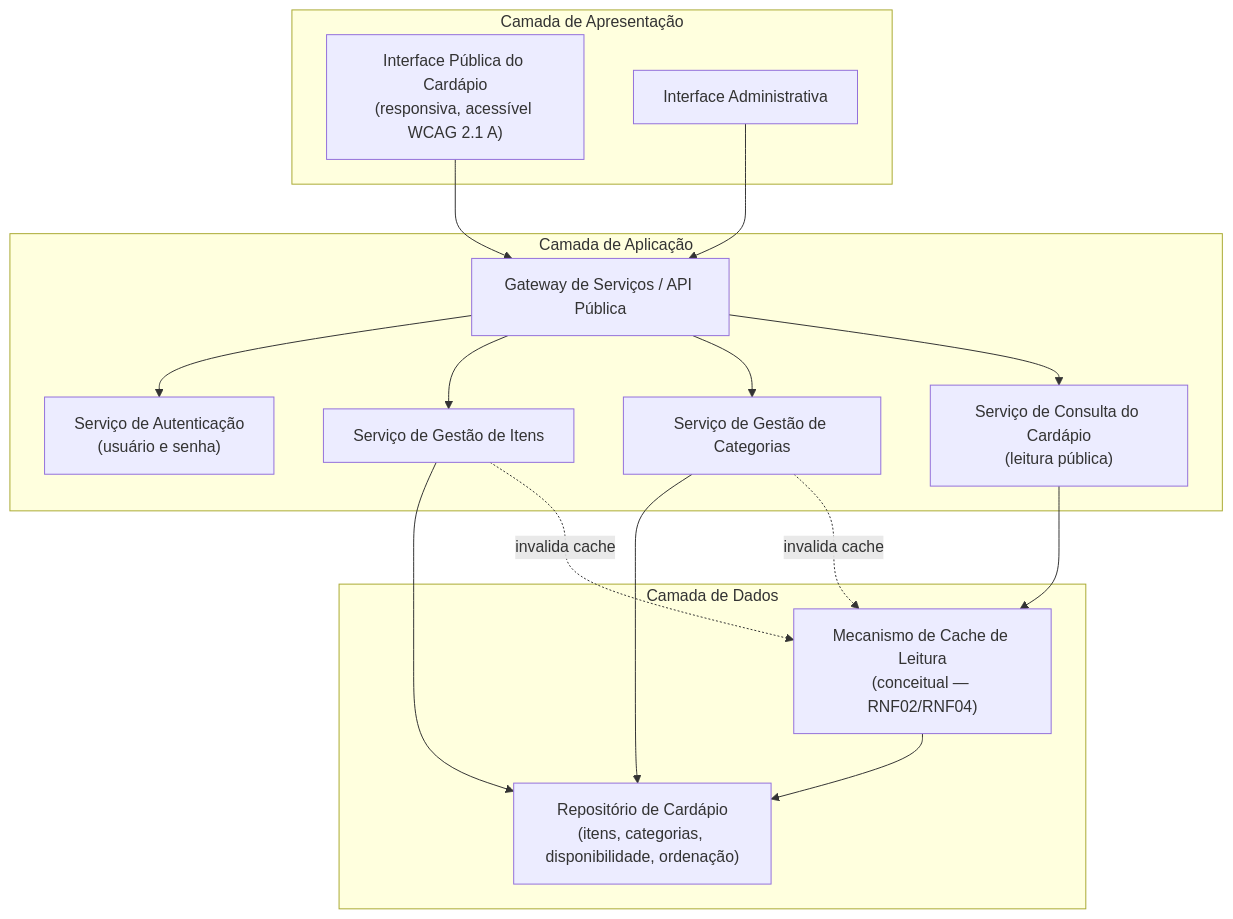
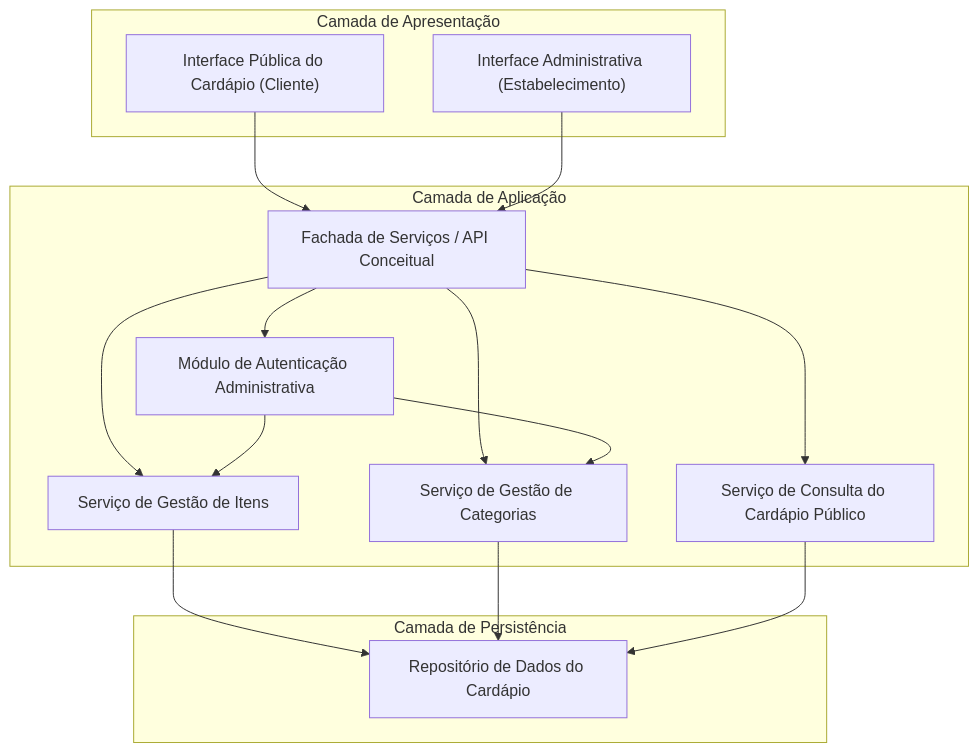
Before and after one commit to PDC-ESIA/AI4ES: the first of 3 diagrams in docs/Time_2_Design/analise-qualitativa/outputs/relatorio_claude_fable_5_P01.md, drawn with Mermaid. The commit also changed other lines of this file and 107 other files, not shown here.

````diff
--- a/docs/Time_2_Design/analise-qualitativa/outputs/relatorio_claude_fable_5_P01.md
+++ b/docs/Time_2_Design/analise-qualitativa/outputs/relatorio_claude_fable_5_P01.md
@@ -25,33 +25,31 @@
 ```mermaid
 flowchart TB
     subgraph Apresentacao["Camada de Apresentação"]
-        UIC["Interface Pública do Cardápio<br/>(responsiva, acessível WCAG 2.1 A)"]
-        UIA["Interface Administrativa"]
+        UIC["Interface Pública do Cardápio (Cliente)"]
+        UIA["Interface Administrativa (Estabelecimento)"]
     end
 
     subgraph Aplicacao["Camada de Aplicação"]
-        GW["Gateway de Serviços / API Pública"]
-        AUTH["Serviço de Autenticação<br/>(usuário e senha)"]
-        SVCITEM["Serviço de Gestão de Itens"]
-        SVCCAT["Serviço de Gestão de Categorias"]
-        SVCVIEW["Serviço de Consulta do Cardápio<br/>(leitura pública)"]
+        GW["Fachada de Serviços / API Conceitual"]
+        AUTH["Módulo de Autenticação Administrativa"]
+        SRVITEM["Serviço de Gestão de Itens"]
+        SRVCAT["Serviço de Gestão de Categorias"]
+        SRVCARD["Serviço de Consulta do Cardápio Público"]
     end
 
-    subgraph Dados["Camada de Dados"]
-        REPO["Repositório de Cardápio<br/>(itens, categorias, disponibilidade, ordenação)"]
-        CACHE["Mecanismo de Cache de Leitura<br/>(conceitual — RNF02/RNF04)"]
+    subgraph Dados["Camada de Persistência"]
+        REPO["Repositório de Dados do Cardápio"]
     end
 
     UIC --> GW
     UIA --> GW
     GW --> AUTH
-    GW --> SVCITEM
-    GW --> SVCCAT
-    GW --> SVCVIEW
-    SVCITEM --> REPO
-    SVCCAT --> REPO
-    SVCVIEW --> CACHE
-    CACHE --> REPO
-    SVCITEM -. "invalida cache" .-> CACHE
-    SVCCAT -. "invalida cache" .-> CACHE
+    GW --> SRVITEM
+    GW --> SRVCAT
+    GW --> SRVCARD
+    AUTH --> SRVITEM
+    AUTH --> SRVCAT
+    SRVITEM --> REPO
+    SRVCAT --> REPO
+    SRVCARD --> REPO
 ```
````
